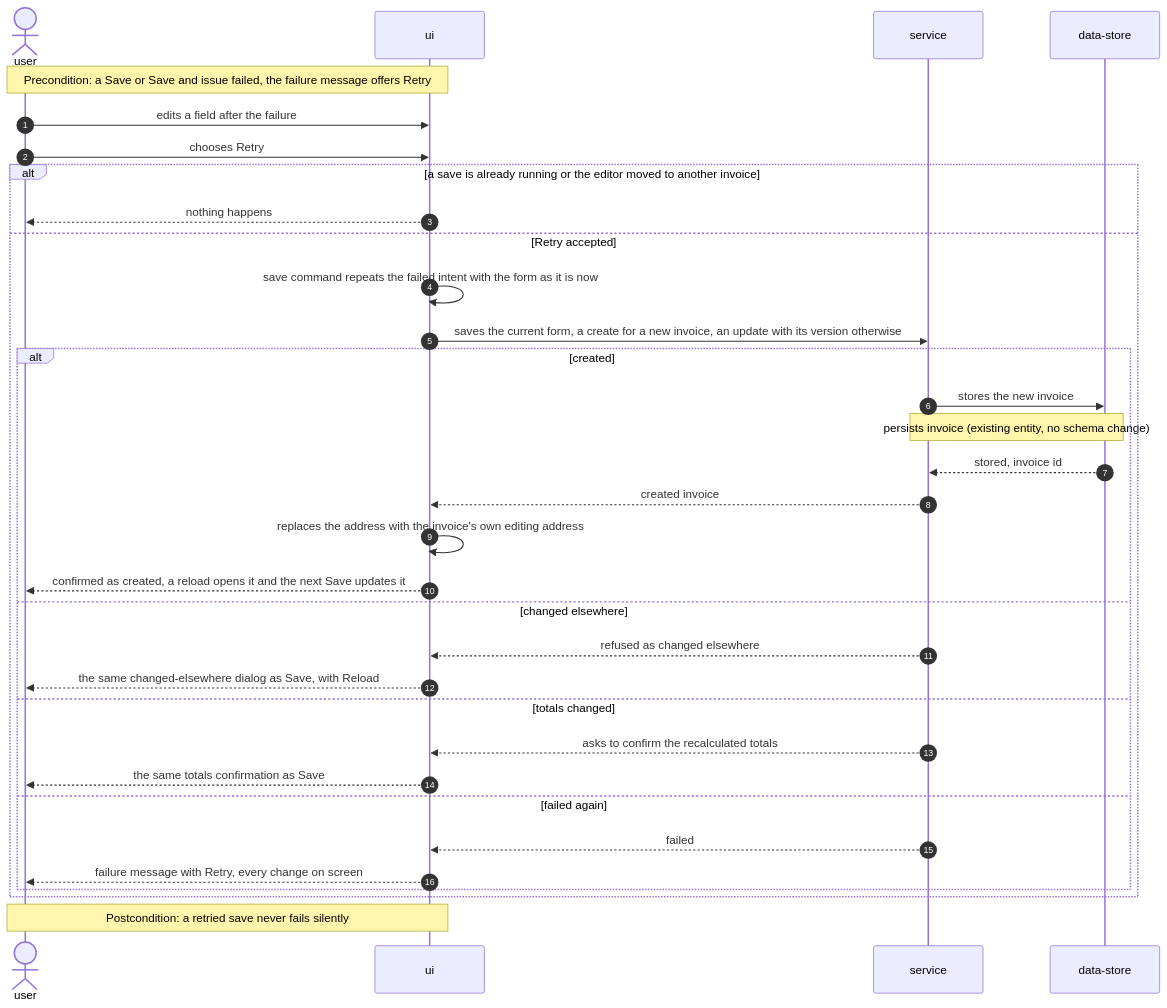
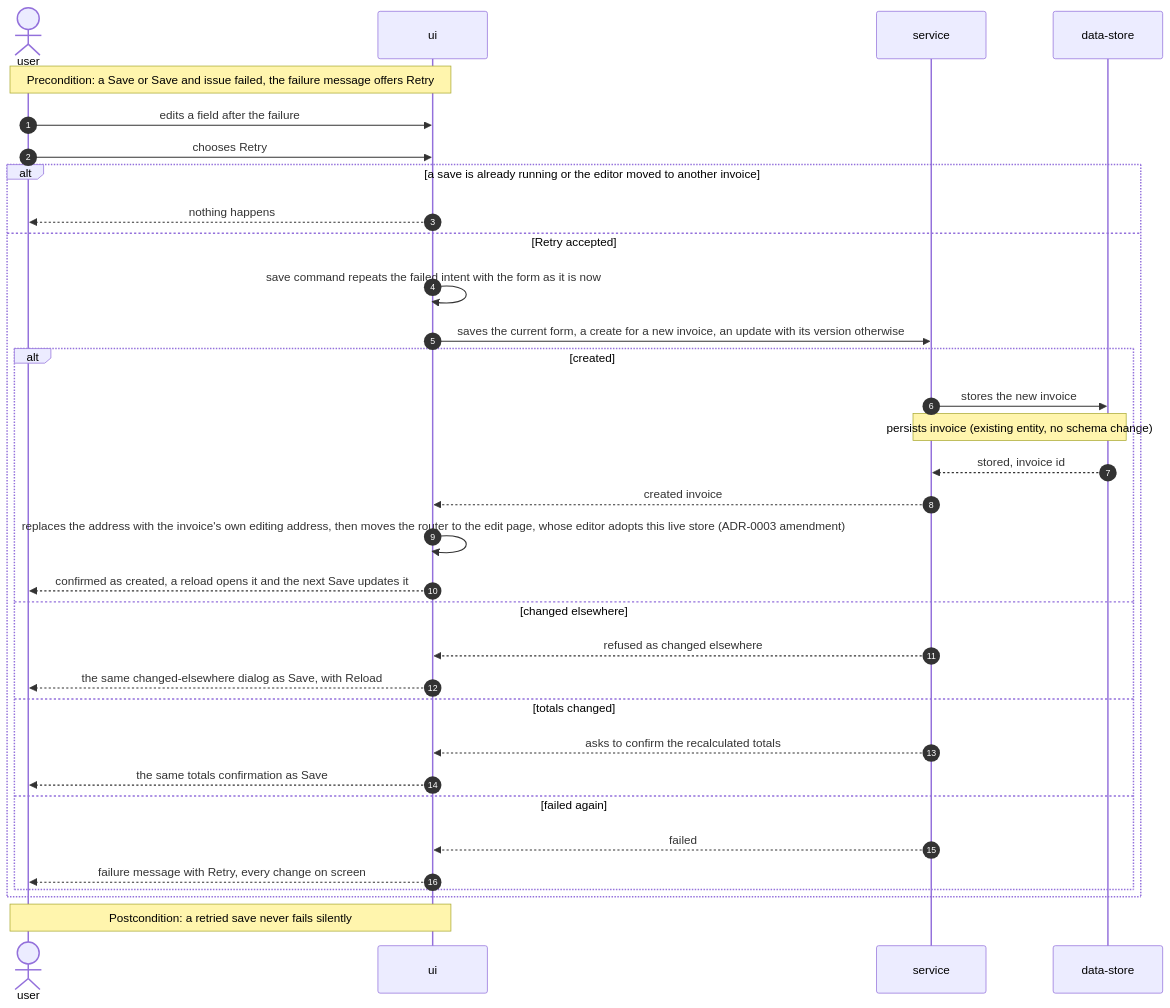
One commit to GopkoDev/invoiceForge changed the sixth of 12 diagrams in docs/features/editor-ux/sad.md. Above: the diagram before and after it, drawn with Mermaid. The commit also changed other lines of this file and 7 other files, not shown here.

First line of the commit message:
docs(editor-ux): record the store hand-over in the ADRs and fix the remaining PDF wording in ux-flows and the SAD

````diff
--- a/docs/features/editor-ux/sad.md
+++ b/docs/features/editor-ux/sad.md
@@ -319,36 +319,36 @@
 ```mermaid
 sequenceDiagram
     autonumber
     actor U as user
     participant UI as ui
     participant S as service
     participant D as data-store
 
     Note over U,UI: Precondition: a Save or Save and issue failed, the failure message offers Retry
     U->>UI: edits a field after the failure
     U->>UI: chooses Retry
     alt a save is already running or the editor moved to another invoice
         UI-->>U: nothing happens
     else Retry accepted
         UI->>UI: save command repeats the failed intent with the form as it is now
         UI->>S: saves the current form, a create for a new invoice, an update with its version otherwise
         alt created
             S->>D: stores the new invoice
             Note over S,D: persists invoice (existing entity, no schema change)
             D-->>S: stored, invoice id
             S-->>UI: created invoice
-            UI->>UI: replaces the address with the invoice's own editing address
+            UI->>UI: replaces the address with the invoice's own editing address, then moves the router to the edit page, whose editor adopts this live store (ADR-0003 amendment)
             UI-->>U: confirmed as created, a reload opens it and the next Save updates it
         else changed elsewhere
             S-->>UI: refused as changed elsewhere
             UI-->>U: the same changed-elsewhere dialog as Save, with Reload
         else totals changed
             S-->>UI: asks to confirm the recalculated totals
             UI-->>U: the same totals confirmation as Save
         else failed again
             S-->>UI: failed
             UI-->>U: failure message with Retry, every change on screen
         end
     end
     Note over U,UI: Postcondition: a retried save never fails silently
 ```
````
